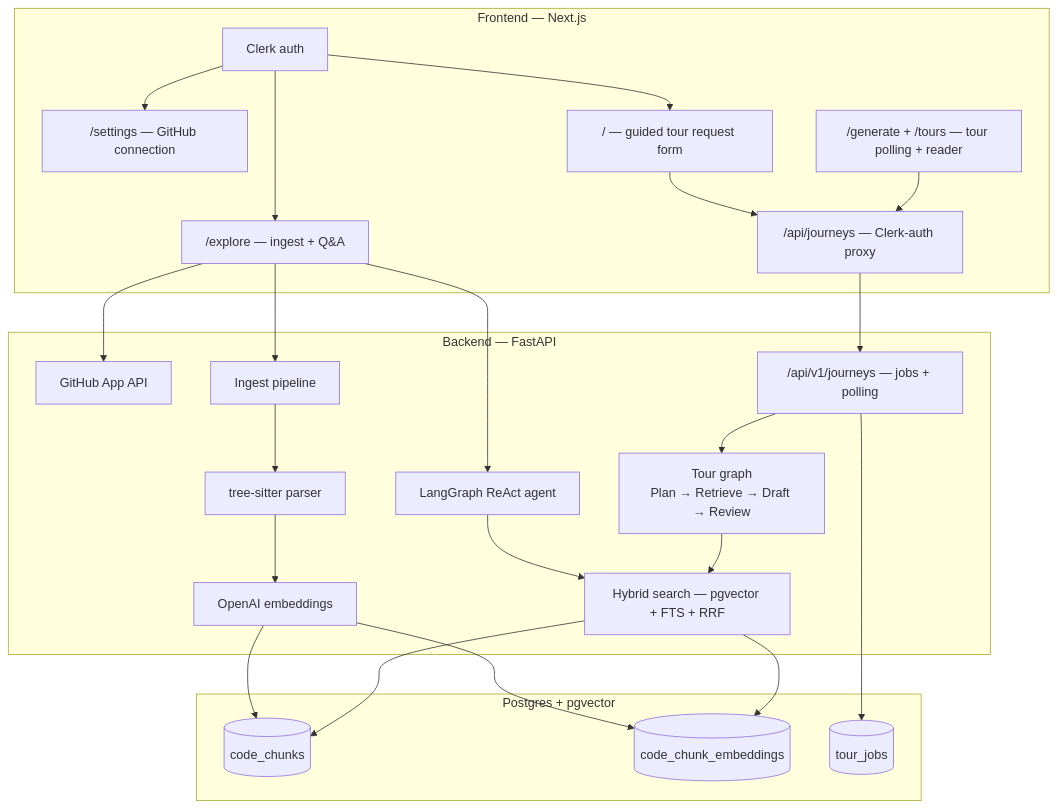
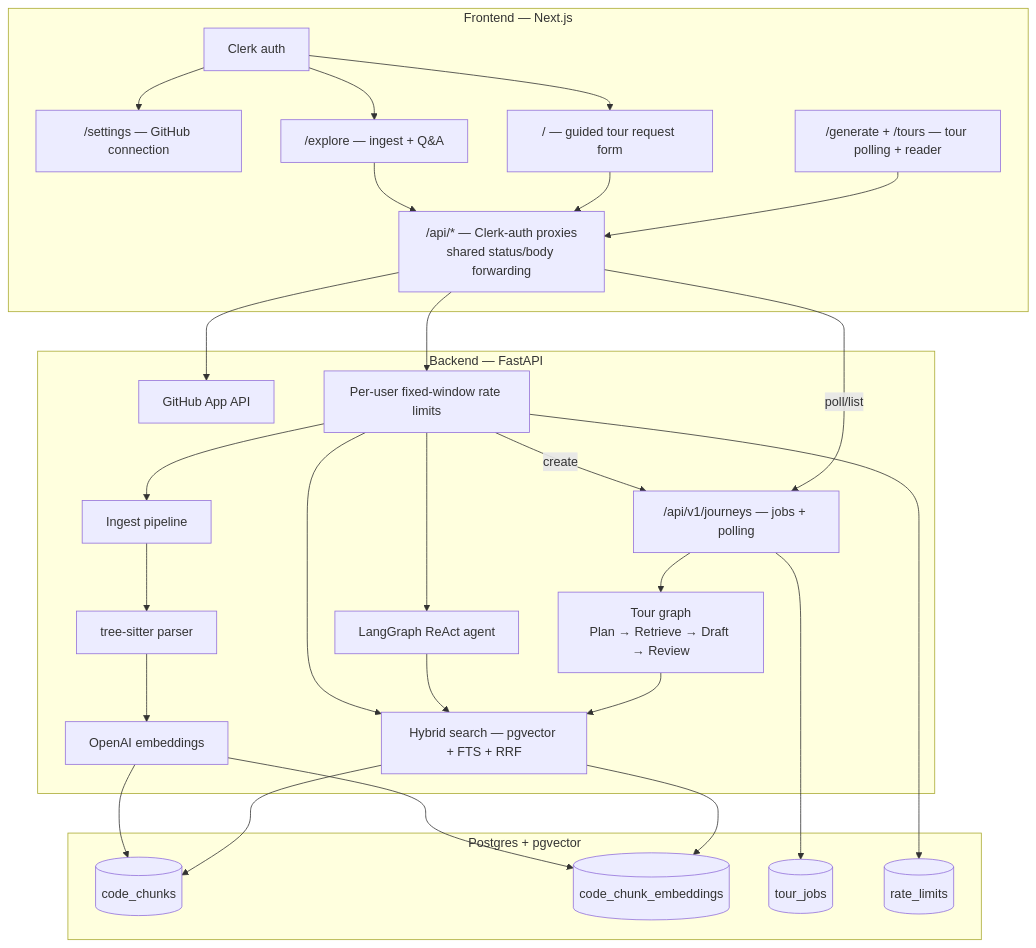
One commit to jballo/camino changed the second of 2 diagrams in README.md. Above: the diagram before and after it, drawn with Mermaid. The commit also changed other lines of this file and 2 other files, not shown here.

First line of the commit message:
docs: document rate limits and proxy responses

````diff
--- a/README.md
+++ b/README.md
@@ -70,45 +78,53 @@
 ```mermaid
 flowchart TB
   subgraph frontend [Frontend — Next.js]
     Clerk[Clerk auth]
     Settings["/settings — GitHub connection"]
     Explore["/explore — ingest + Q&A"]
     Home["/ — guided tour request form"]
     TourUI["/generate + /tours — tour polling + reader"]
-    Proxy["/api/journeys — Clerk-auth proxy"]
+    Proxy["/api/* — Clerk-auth proxies<br/>shared status/body forwarding"]
   end
 
   subgraph backend [Backend — FastAPI]
     GH[GitHub App API]
     Ingest[Ingest pipeline]
     Parser[tree-sitter parser]
     Embed[OpenAI embeddings]
     Search[Hybrid search — pgvector + FTS + RRF]
     Agent[LangGraph ReAct agent]
     Journeys["/api/v1/journeys — jobs + polling"]
     TourGraph["Tour graph<br/>Plan → Retrieve → Draft → Review"]
+    Limits["Per-user fixed-window rate limits"]
   end
 
   subgraph data [Postgres + pgvector]
     Chunks[(code_chunks)]
     Vectors[(code_chunk_embeddings)]
     Jobs[(tour_jobs)]
+    Counters[(rate_limits)]
   end
 
   Clerk --> Settings
   Clerk --> Explore
   Clerk --> Home
-  Explore --> GH
-  Explore --> Ingest
-  Explore --> Agent
-  Home --> Proxy --> Journeys
+  Explore --> Proxy
+  Home --> Proxy
   TourUI --> Proxy
+  Proxy --> GH
+  Proxy --> Limits
+  Limits --> Agent
+  Limits --> Ingest
+  Limits --> Search
+  Limits -->|create| Journeys
+  Proxy -->|poll/list| Journeys
+  Limits --> Counters
   Journeys --> TourGraph
   Ingest --> Parser --> Embed --> Chunks
   Embed --> Vectors
   Agent --> Search
   TourGraph --> Search
   Journeys --> Jobs
   Search --> Chunks
   Search --> Vectors
 ```
````
